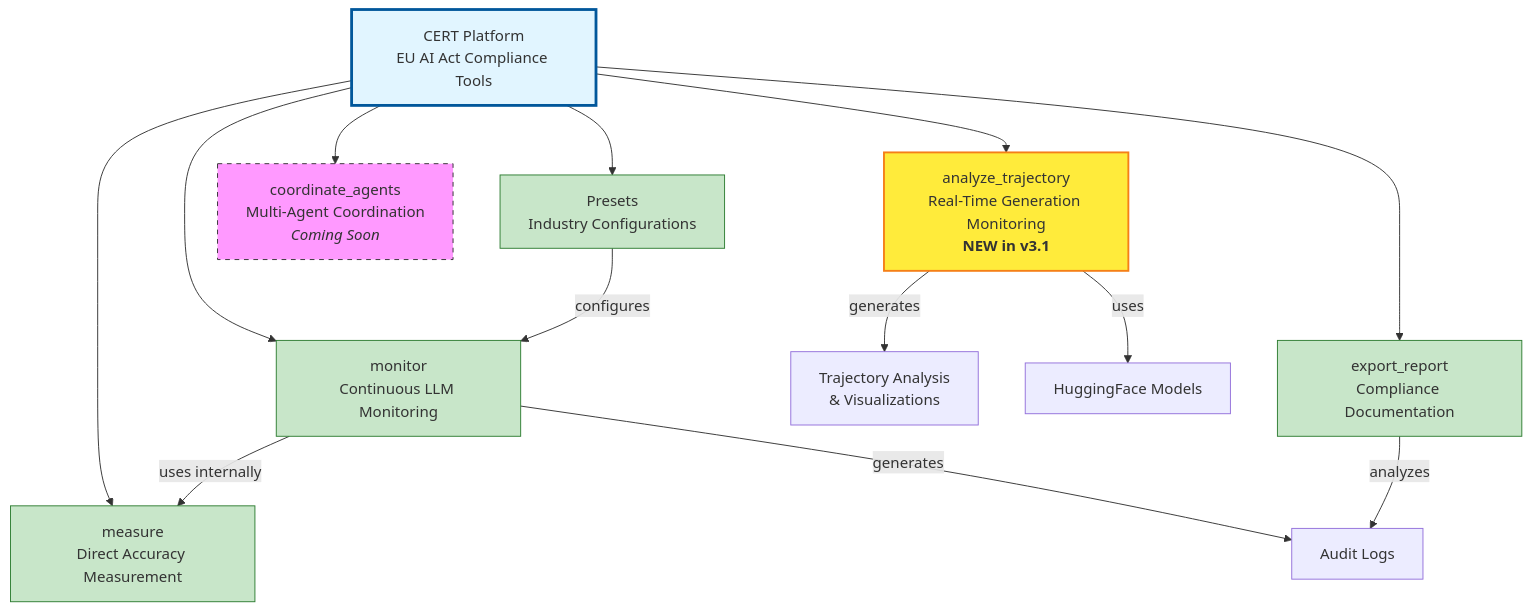
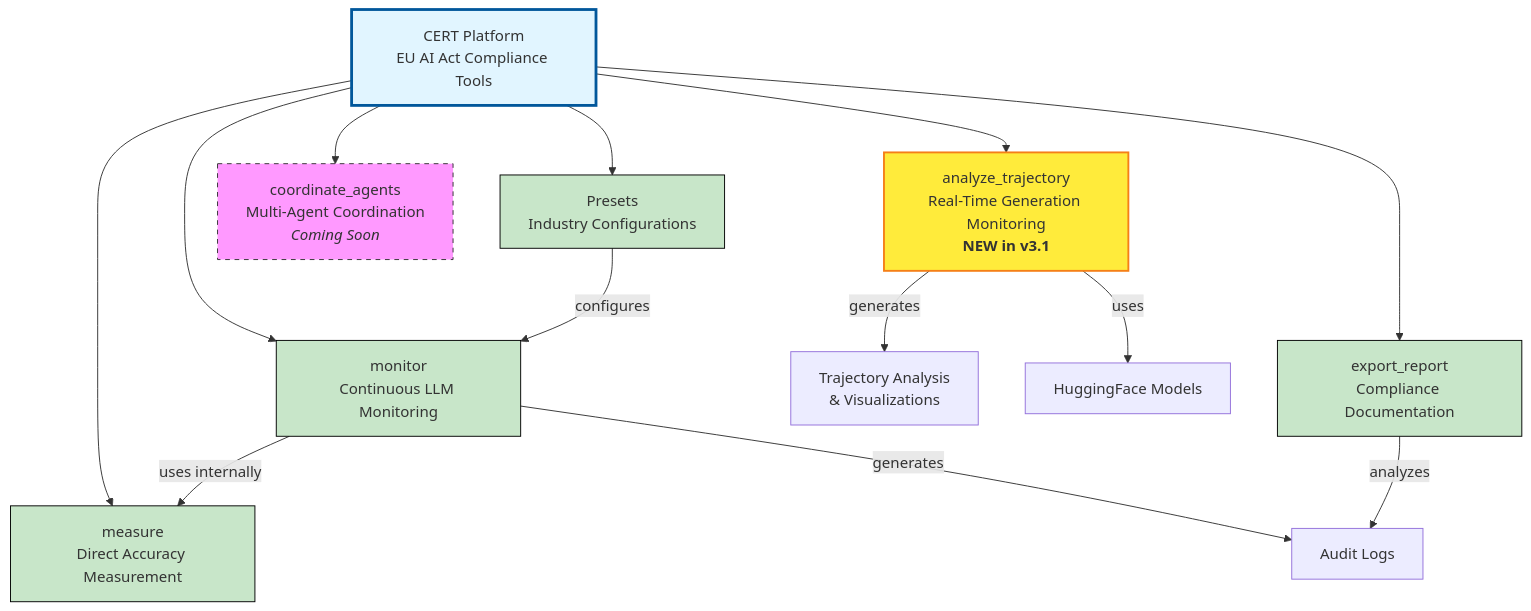
The diagram in README.md (Javihaus/cert-framework), drawn with Mermaid before and after one commit.

````diff
--- a/README.md
+++ b/README.md
@@ -55,24 +55,24 @@
 ```mermaid
 graph TD
     A[CERT Platform<br/>EU AI Act Compliance Tools] --> B[measure<br/>Direct Accuracy Measurement]
     A --> C[monitor<br/>Continuous LLM Monitoring]
     A --> D[export_report<br/>Compliance Documentation]
     A --> E[Presets<br/>Industry Configurations]
     A --> F[analyze_trajectory<br/>Real-Time Generation Monitoring<br/><b>NEW in v3.1</b>]
     A --> G[coordinate_agents<br/>Multi-Agent Coordination<br/><i>Coming Soon</i>]
 
     C -->|uses internally| B
     C -->|generates| H[Audit Logs]
     D -->|analyzes| H
     E -->|configures| C
     F -->|generates| I[Trajectory Analysis<br/>& Visualizations]
     F -->|uses| J[HuggingFace Models]
 
     style G fill:#f9f,stroke:#333,stroke-dasharray: 5 5
     style A fill:#e1f5ff,stroke:#01579b,stroke-width:3px
-    style B fill:#c8e6c9,stroke:#2e7d32
-    style C fill:#c8e6c9,stroke:#2e7d32
-    style D fill:#c8e6c9,stroke:#2e7d32
-    style E fill:#c8e6c9,stroke:#2e7d32
+    style B fill:#c8e6c9,stroke:#000000
+    style C fill:#c8e6c9,stroke:#000000
+    style D fill:#c8e6c9,stroke:#000000
+    style E fill:#c8e6c9,stroke:#000000
     style F fill:#ffeb3b,stroke:#f57f17,stroke-width:2px
 ```
````
